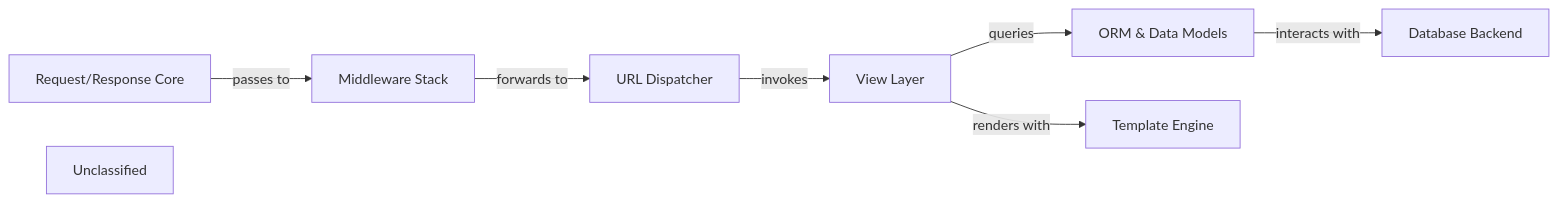
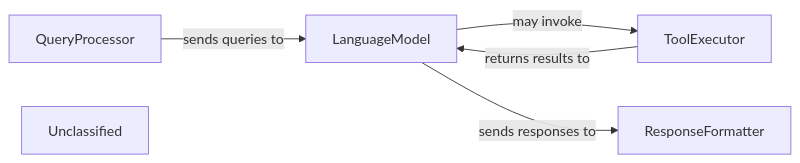
One commit to CodeBoarding/GeneratedOnBoardings changed the diagram in django/on_boarding.md. Above: the diagram before and after it, drawn with Mermaid. The commit also changed other lines of this file, not shown here.

````diff
--- a/django/on_boarding.md
+++ b/django/on_boarding.md
@@ -1,17 +1,12 @@
 ```mermaid
 graph LR
-    Request_Response_Core["Request/Response Core"]
-    Middleware_Stack["Middleware Stack"]
-    URL_Dispatcher["URL Dispatcher"]
-    View_Layer["View Layer"]
-    ORM_Data_Models["ORM & Data Models"]
-    Database_Backend["Database Backend"]
-    Template_Engine["Template Engine"]
+    QueryProcessor["QueryProcessor"]
+    LanguageModel["LanguageModel"]
+    ToolExecutor["ToolExecutor"]
+    ResponseFormatter["ResponseFormatter"]
     Unclassified["Unclassified"]
-    Request_Response_Core -- "passes to" --> Middleware_Stack
-    Middleware_Stack -- "forwards to" --> URL_Dispatcher
-    URL_Dispatcher -- "invokes" --> View_Layer
-    View_Layer -- "queries" --> ORM_Data_Models
-    View_Layer -- "renders with" --> Template_Engine
-    ORM_Data_Models -- "interacts with" --> Database_Backend
+    QueryProcessor -- "sends queries to" --> LanguageModel
+    LanguageModel -- "may invoke" --> ToolExecutor
+    ToolExecutor -- "returns results to" --> LanguageModel
+    LanguageModel -- "sends responses to" --> ResponseFormatter
 ```
````
